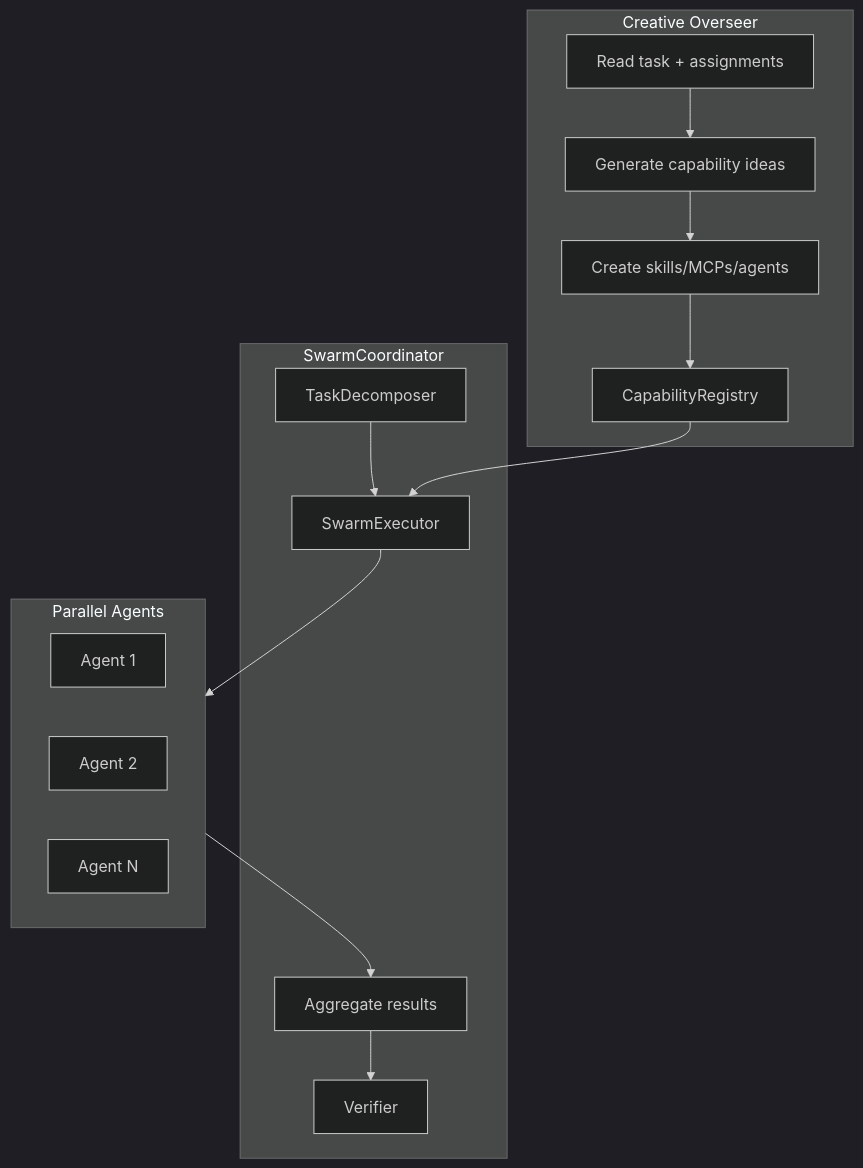
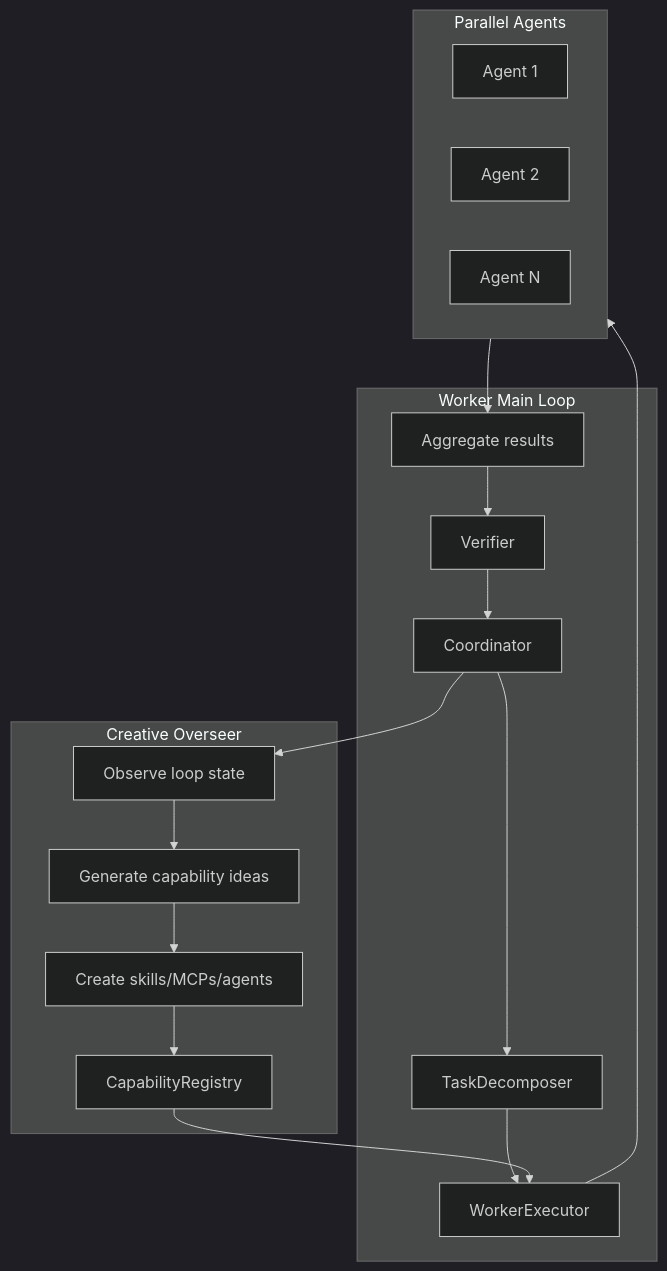
The third of 5 diagrams in docs/architecture/flowchart.md (perrywinkle1/gogo-gadget), drawn with Mermaid (dark theme) before and after one commit. The commit also changed other lines of this file and 4 other files, not shown here.

````diff
--- a/docs/architecture/flowchart.md
+++ b/docs/architecture/flowchart.md
@@ -63,26 +64,29 @@
 ```mermaid
 flowchart TB
-    subgraph Brain[SwarmCoordinator]
+    subgraph Loop[Worker Main Loop]
+        Brain[Coordinator]
         Decompose[TaskDecomposer]
-        Execute[SwarmExecutor]
+        Execute[WorkerExecutor]
         Aggregate[Aggregate results]
         Verify[Verifier]
     end
 
     subgraph Agents[Parallel Agents]
         A1[Agent 1]
         A2[Agent 2]
         A3[Agent N]
     end
 
     subgraph Overseer[Creative Overseer]
-        Observe[Read task + assignments]
+        Observe[Observe loop state]
         Brainstorm[Generate capability ideas]
         Synthesize[Create skills/MCPs/agents]
         Register[CapabilityRegistry]
     end
 
-    Decompose --> Execute --> Agents --> Aggregate --> Verify
+    Brain --> Decompose --> Execute --> Agents --> Aggregate --> Verify --> Brain
+
+    Brain --> Observe
     Observe --> Brainstorm --> Synthesize --> Register
     Register --> Execute
 ```
````
